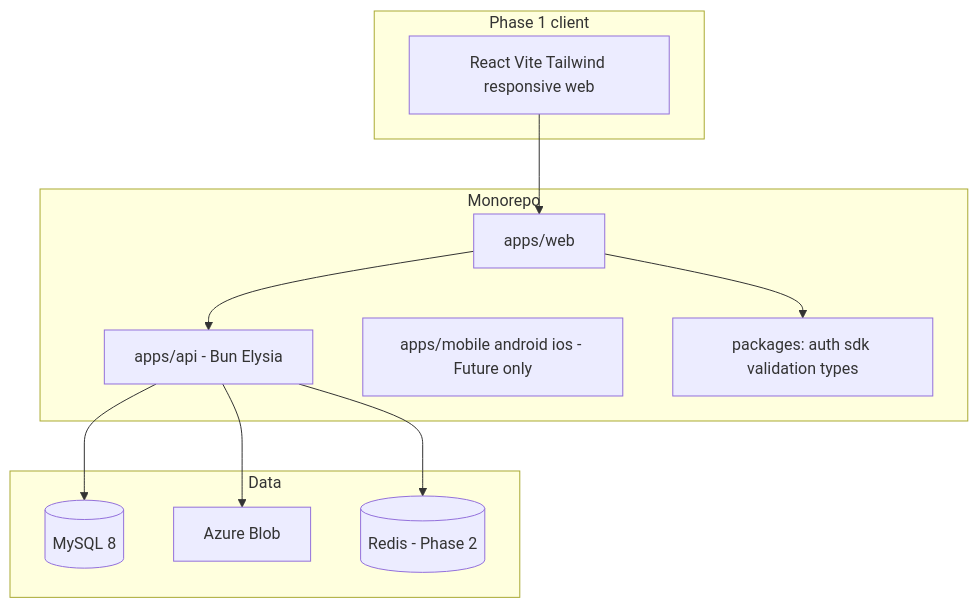
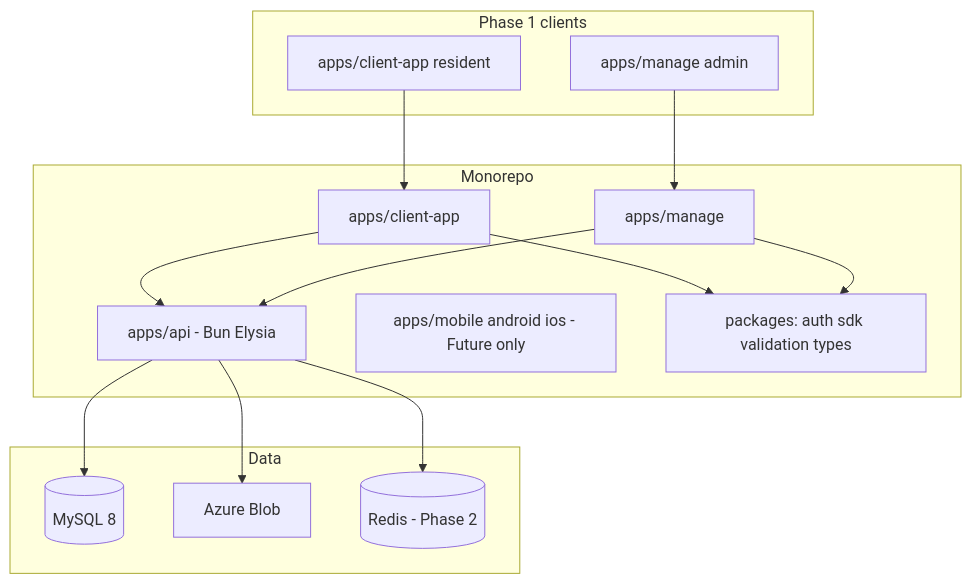
One commit to engineersbay/society-hub changed the diagram in docs/07-Tech-Stack.md. Above: the diagram before and after it, drawn with Mermaid. The commit also changed other lines of this file and 72 other files, not shown here.

First line of the commit message:
feat: add manage app and rename web to client-app

````diff
--- a/docs/07-Tech-Stack.md
+++ b/docs/07-Tech-Stack.md
@@ -55,26 +55,31 @@
 ```mermaid
 flowchart TB
-  subgraph client [Phase 1 client]
-    Web["React Vite Tailwind responsive web"]
+  subgraph client [Phase 1 clients]
+    Web["apps/client-app resident"]
+    Manage["apps/manage admin"]
   end
 
   subgraph mono [Monorepo]
     API["apps/api - Bun Elysia"]
-    WEBAPP["apps/web"]
+    WEBAPP["apps/client-app"]
+    MANAGEAPP["apps/manage"]
     Mobile["apps/mobile android ios - Future only"]
     Pkgs["packages: auth sdk validation types"]
   end
 
   subgraph data [Data]
     MySQL[(MySQL 8)]
     Blob[Azure Blob]
     Redis[(Redis - Phase 2)]
   end
 
   Web --> WEBAPP
+  Manage --> MANAGEAPP
   WEBAPP --> Pkgs
+  MANAGEAPP --> Pkgs
   WEBAPP --> API
+  MANAGEAPP --> API
   API --> MySQL
   API --> Blob
   API --> Redis
 ```
````
